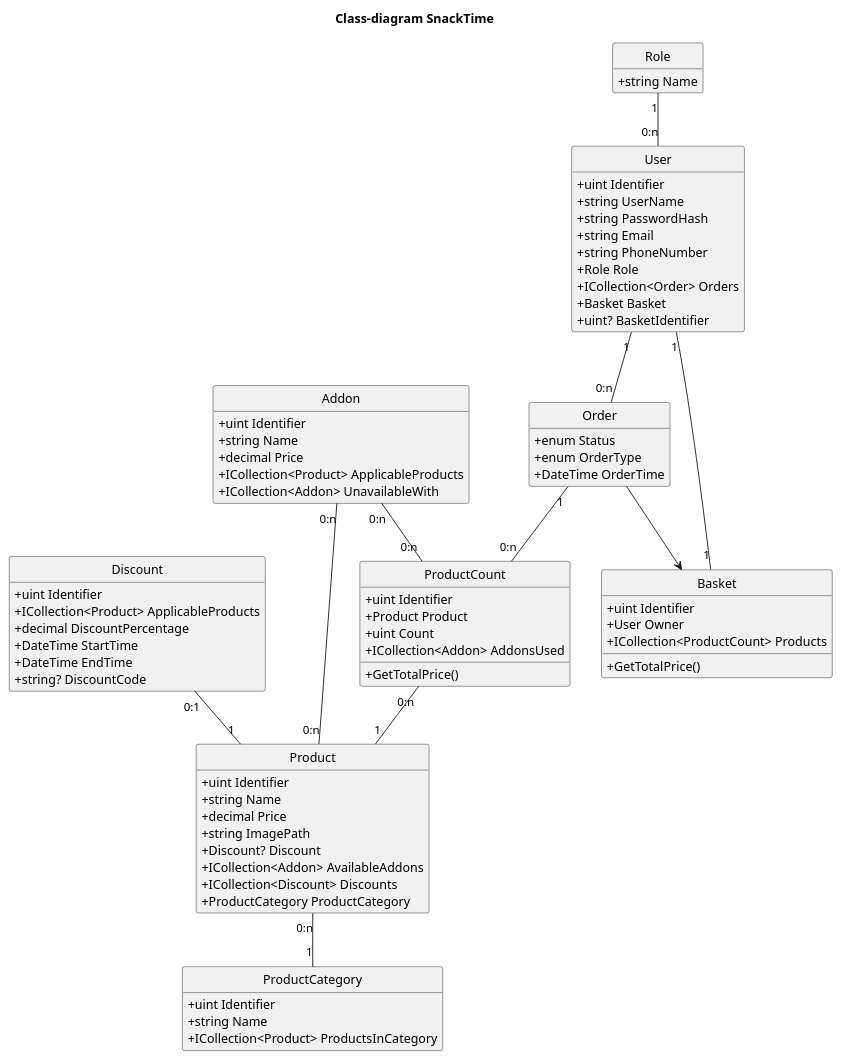
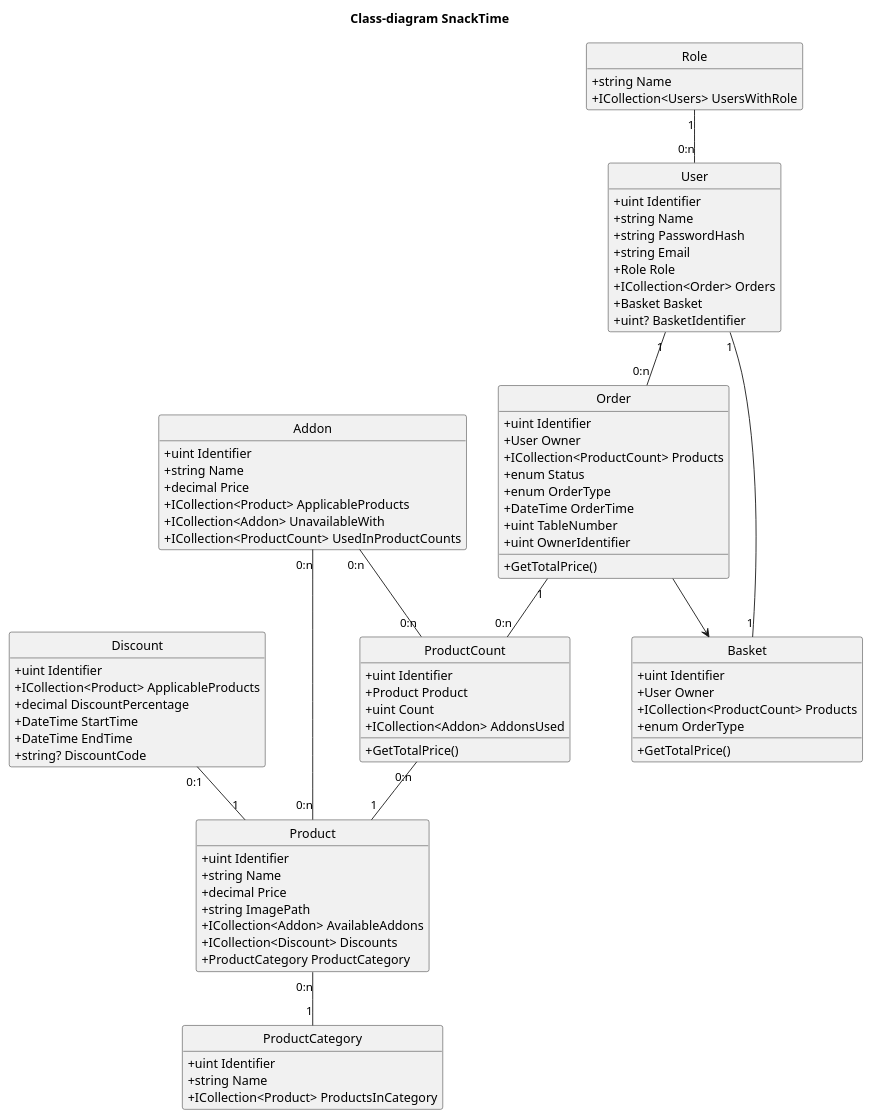
One commit to kinggeert/SnackTime changed the diagram in SnackTime/Uml/ClassDiagram.puml. Above: the diagram before and after it, drawn with PlantUML.

Commit message:
Updated class diagram

```diff
--- a/SnackTime/Uml/ClassDiagram.puml
+++ b/SnackTime/Uml/ClassDiagram.puml
@@ -1,96 +1,104 @@
 @startuml
 hide circle
 hide empty members
 skinparam classAttributeIconSize 0
 skinparam packageStyle rectangle
 title Class-diagram SnackTime
 
 
 class User {
     +uint Identifier
-    +string UserName
+    +string Name
     +string PasswordHash
     +string Email
-    +string PhoneNumber
     +Role Role
     +ICollection<Order> Orders
     +Basket Basket
     +uint? BasketIdentifier
 }
 
 class Role {
     +string Name
+    +ICollection<Users> UsersWithRole
 }
 
 class Product {
     +uint Identifier
     +string Name
     +decimal Price
     +string ImagePath
-    +Discount? Discount
     +ICollection<Addon> AvailableAddons
     +ICollection<Discount> Discounts
     +ProductCategory ProductCategory
 }
 
 class ProductCount {
     +uint Identifier
     +Product Product
     +uint Count
     +ICollection<Addon> AddonsUsed
     
     +GetTotalPrice()
 }
 
 class Basket {
     +uint Identifier
     +User Owner
     +ICollection<ProductCount> Products
+    +enum OrderType
     
     +GetTotalPrice()
 }
 
 class Order {
+    +uint Identifier
+    +User Owner
+    +ICollection<ProductCount> Products
     +enum Status
     +enum OrderType
     +DateTime OrderTime
+    +uint TableNumber
+    +uint OwnerIdentifier
+    
+    +GetTotalPrice()
 }
 
 class Discount {
     +uint Identifier
     +ICollection<Product> ApplicableProducts
     +decimal DiscountPercentage
     +DateTime StartTime
     +DateTime EndTime
     +string? DiscountCode
 }
 
 class Addon {
     +uint Identifier
     +string Name
     +decimal Price
     +ICollection<Product> ApplicableProducts
     +ICollection<Addon> UnavailableWith
+    +ICollection<ProductCount> UsedInProductCounts
 }
 
 class ProductCategory {
     +uint Identifier
     +string Name
     +ICollection<Product> ProductsInCategory
 }
 
 User "1" -- "0:n" Order
 Order "1" -- "0:n" ProductCount
 ProductCount "0:n" -- "1" Product
 Discount "0:1" -- "1" Product
 User "1" -- "1" Basket
 Addon "0:n" -- "0:n" Product
 Addon "0:n" -- "0:n" ProductCount
 Role "1" -- "0:n" User
 Product "0:n" -- "1" ProductCategory
 
 Order --> Basket
 
 
 
 @enduml
```
